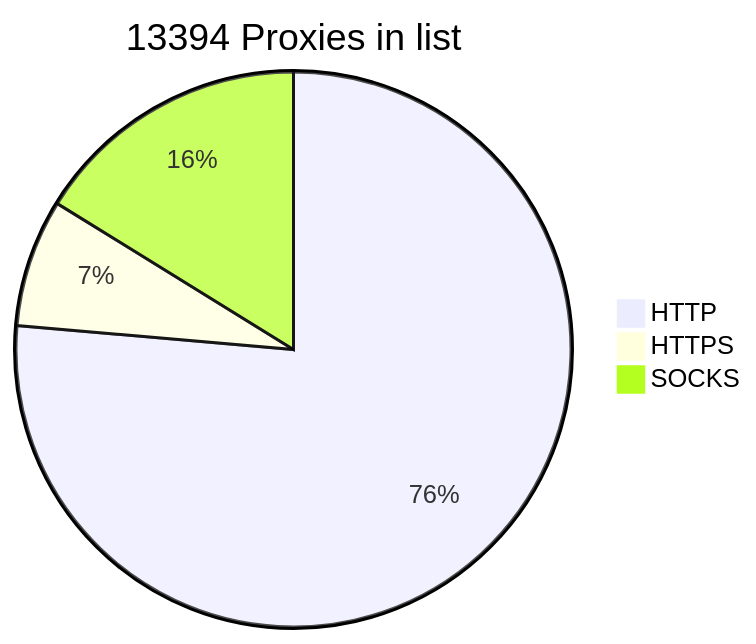
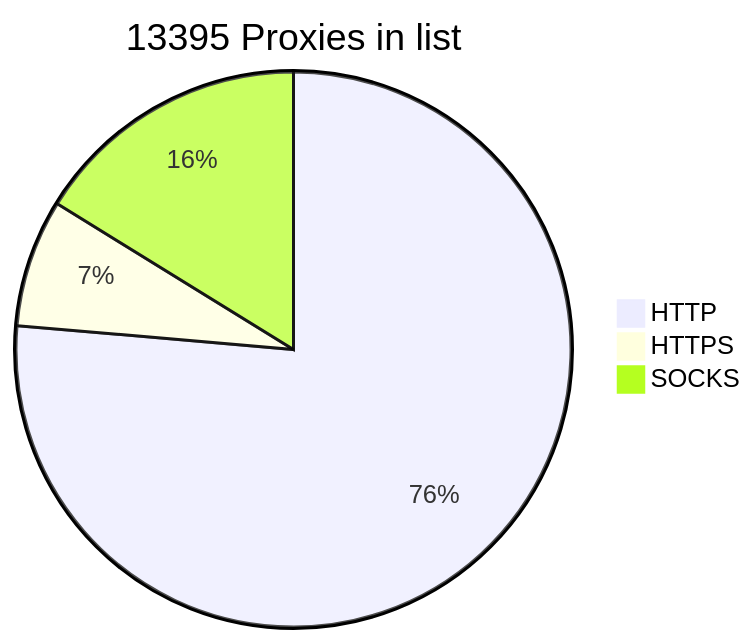
The diagram in README.md (BlackSnowDot/proxylist-update-every-minute), drawn with Mermaid before and after one commit.

````diff
--- a/README.md
+++ b/README.md
@@ -2,6 +2,6 @@
 ```mermaid
-pie title 13394 Proxies in list
+pie title 13395 Proxies in list
     "HTTP" : 10410
     "HTTPS": 1013
-    "SOCKS" : 2207
+    "SOCKS" : 2208
 ```
````
